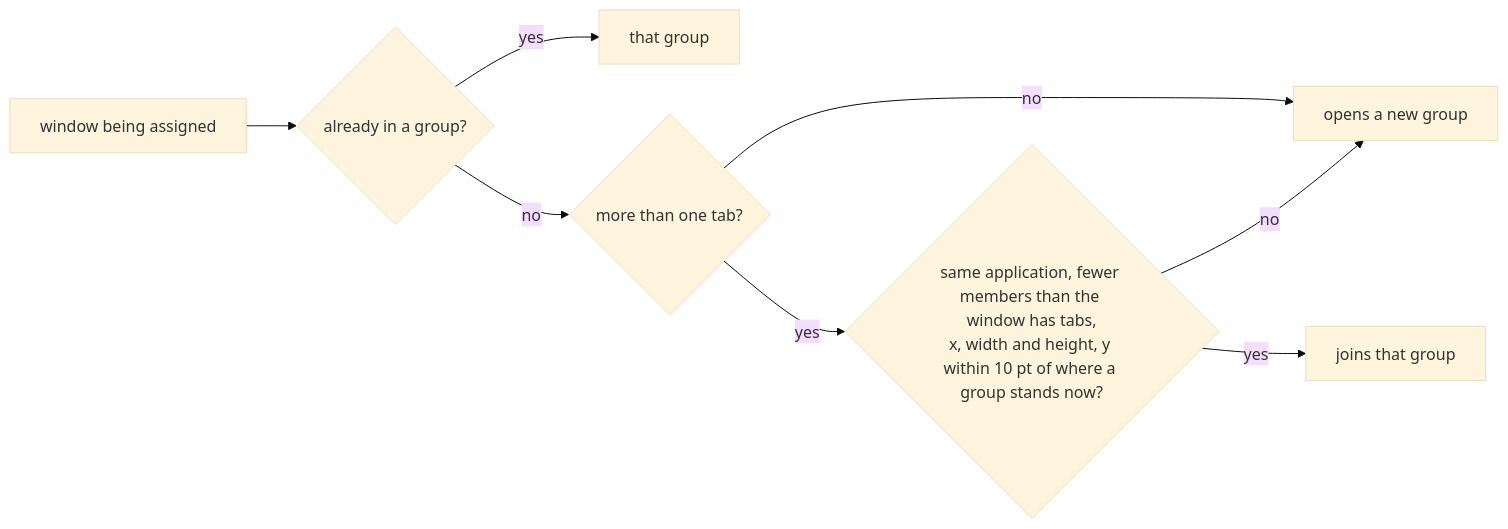
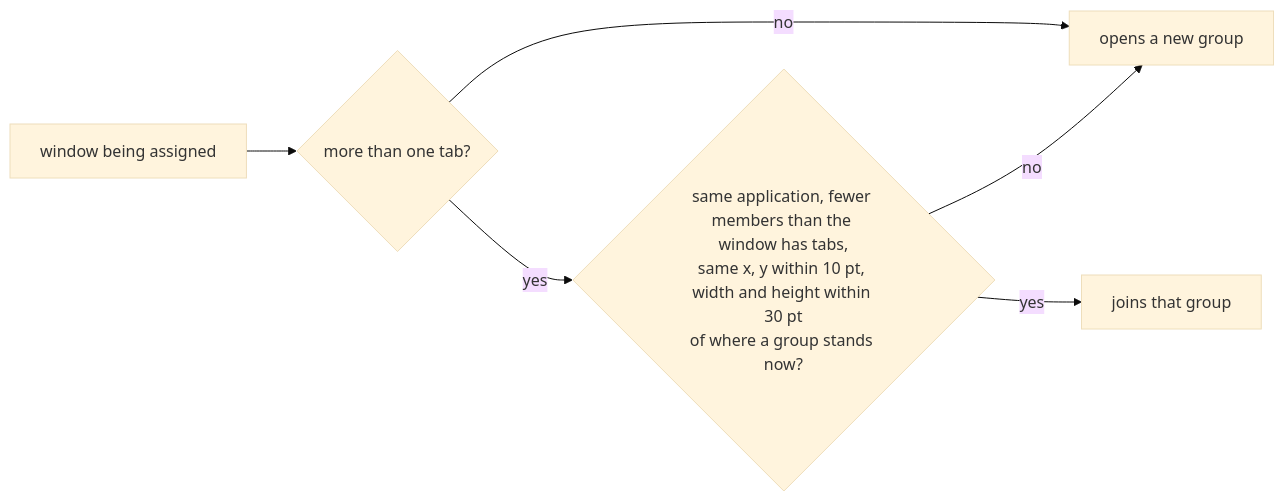
Diagram 19 of 19 in ARCHITECTURE.md (brennovich/ottowm), drawn with Mermaid (base theme) before and after one commit. The commit also changed 2 other files, not shown here.

Commit message:
Drop the known-window branch from tab group matching
The previous commit answered a window already in a group that group
before reading the room left in it. No caller reaches the match with a
known window: add and siblings(of:) check windowToGroup first, and
Admission asks hasGroup only about a focused window outside the managed
set. The branch was unreachable, and the test pinning it built a state
production cannot reach.

````diff
--- a/ARCHITECTURE.md
+++ b/ARCHITECTURE.md
@@ -467,10 +467,8 @@
 ```mermaid
 flowchart LR
-    win[window being assigned] --> known{already in a group?}
-    known -->|yes| that[that group]
-    known -->|no| tabs{more than one tab?}
+    win[window being assigned] --> tabs{more than one tab?}
     tabs -->|no| own["opens a new group"]
-    tabs -->|yes| match{"same application, fewer members than the window has tabs,<br/>x, width and height, y within 10 pt of where a group stands now?"}
+    tabs -->|yes| match{"same application, fewer members than the window has tabs,<br/>same x, y within 10 pt, width and height within 30 pt<br/>of where a group stands now?"}
     match -->|yes| join[joins that group]
     match -->|no| own
 ```
````
